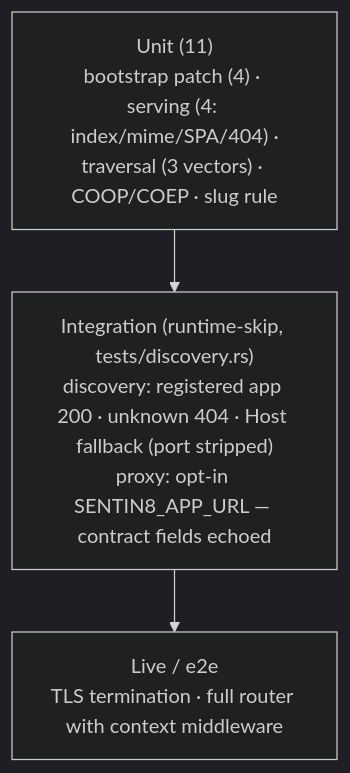
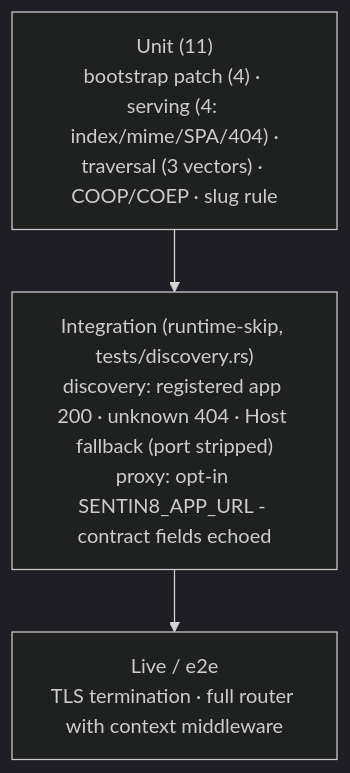
One commit to Sentin8/sentin8-site changed the eighth of 8 diagrams in docs/services/web/design.md. Above: the diagram before and after it, drawn with Mermaid (dark theme). The commit also changed other lines of this file and 105 other files, not shown here.

````diff
--- a/docs/services/web/design.md
+++ b/docs/services/web/design.md
@@ -304,7 +304,7 @@
 ```mermaid
 graph TD
     U["Unit (11)<br/>bootstrap patch (4) · serving (4: index/mime/SPA/404) ·<br/>traversal (3 vectors) · COOP/COEP · slug rule"]
-    I["Integration (runtime-skip, tests/discovery.rs)<br/>discovery: registered app 200 · unknown 404 · Host fallback (port stripped)<br/>proxy: opt-in SENTIN8_APP_URL — contract fields echoed"]
+    I["Integration (runtime-skip, tests/discovery.rs)<br/>discovery: registered app 200 · unknown 404 · Host fallback (port stripped)<br/>proxy: opt-in SENTIN8_APP_URL - contract fields echoed"]
     L["Live / e2e<br/>TLS termination · full router with context middleware"]
     U --> I --> L
 ```
````
